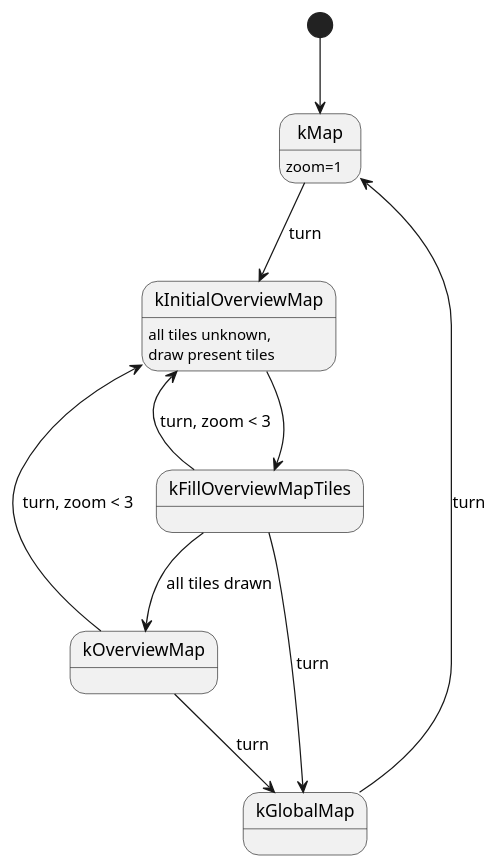
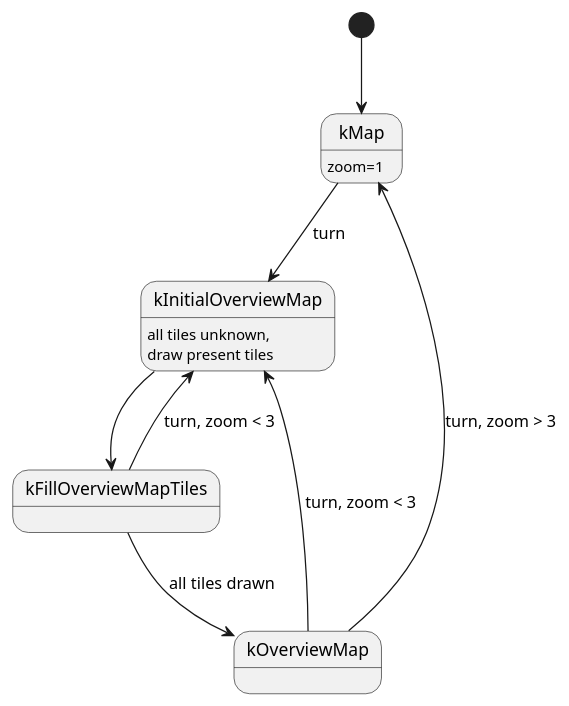
One commit to SimonKagstrom/maelir changed the diagram in src/ui/ui_state_machine.pu. Above: the diagram before and after it, drawn with PlantUML. The commit also changed 2 other files, not shown here.

Commit message:
ui: Correct zoomed out maps, remove global map

```diff
--- a/src/ui/ui_state_machine.pu
+++ b/src/ui/ui_state_machine.pu
@@ -1,22 +1,18 @@
 @startuml
 
 state kMap : zoom=1
 state kInitialOverviewMap : all tiles unknown,\ndraw present tiles
 state kFillOverviewMapTiles
 state kOverviewMap
-state kGlobalMap
 
 [*] --> kMap
 kMap --> kInitialOverviewMap : turn
 
 kInitialOverviewMap --> kFillOverviewMapTiles
 kFillOverviewMapTiles --> kOverviewMap : all tiles drawn
 kFillOverviewMapTiles --> kInitialOverviewMap : turn, zoom < 3
-kFillOverviewMapTiles --> kGlobalMap : turn
 
-kOverviewMap --> kGlobalMap : turn
+kOverviewMap --> kMap : turn, zoom > 3
 kOverviewMap --> kInitialOverviewMap : turn, zoom < 3
-kGlobalMap --> kMap : turn
-
 
 @enduml
```
